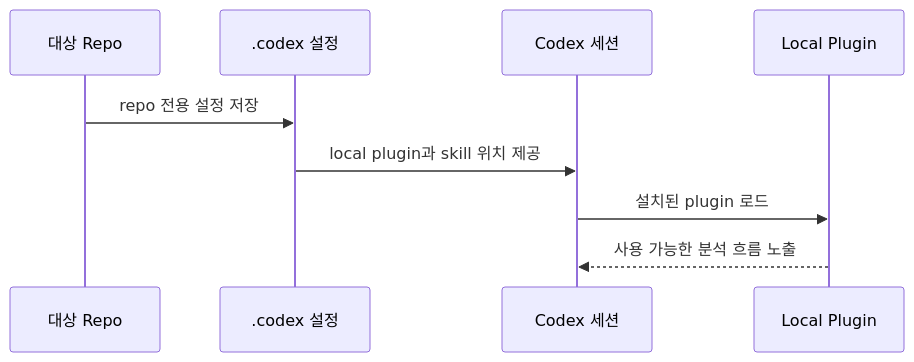
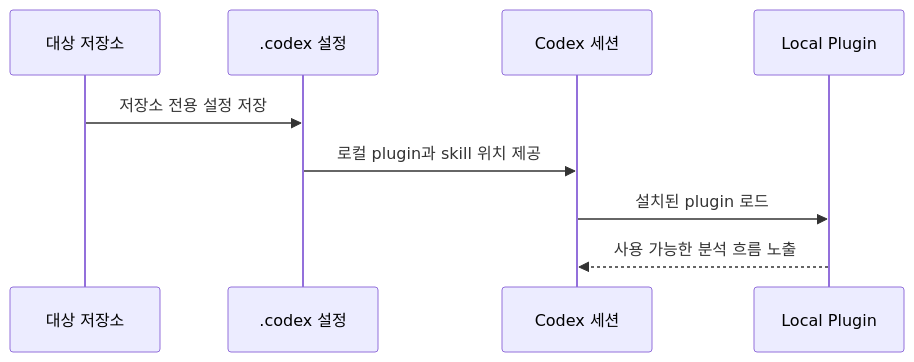
Before and after one commit to koalav/present-anyything: the eighth of 19 diagrams in content/decks/codex-deeplink-audit-guide/source.md, drawn with Mermaid. The commit also changed other lines of this file and 26 other files, not shown here.

````diff
--- a/content/decks/codex-deeplink-audit-guide/source.md
+++ b/content/decks/codex-deeplink-audit-guide/source.md
@@ -170,12 +170,12 @@
 ```mermaid
 sequenceDiagram
-    participant Repo as 대상 Repo
+    participant Repo as 대상 저장소
     participant Config as .codex 설정
     participant Codex as Codex 세션
     participant Plugin as Local Plugin
 
-    Repo->>Config: repo 전용 설정 저장
-    Config->>Codex: local plugin과 skill 위치 제공
+    Repo->>Config: 저장소 전용 설정 저장
+    Config->>Codex: 로컬 plugin과 skill 위치 제공
     Codex->>Plugin: 설치된 plugin 로드
     Plugin-->>Codex: 사용 가능한 분석 흐름 노출
 ```
````
